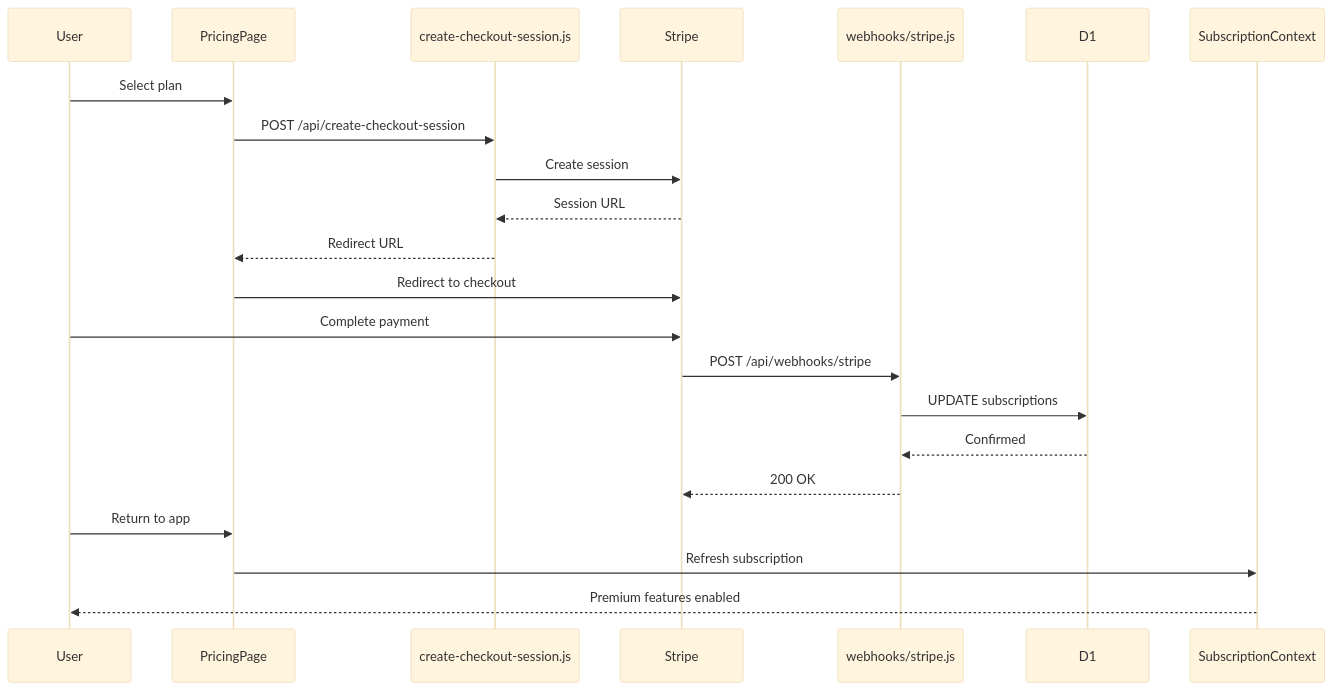
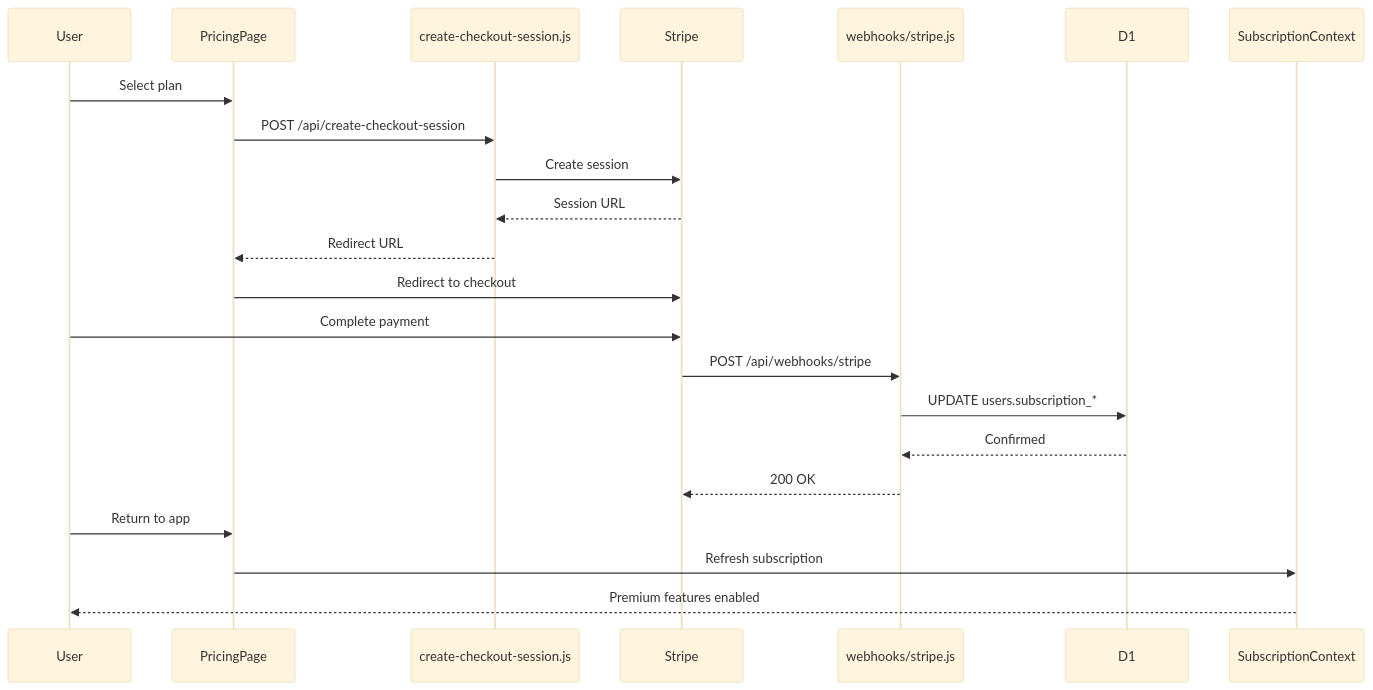
Before and after one commit to henryperkins/tarot: the eighth of 19 diagrams in docs/architecture/full-system-diagrams.md, drawn with Mermaid (base theme). The commit also changed other lines of this file and 77 other files, not shown here.

````diff
--- a/docs/architecture/full-system-diagrams.md
+++ b/docs/architecture/full-system-diagrams.md
@@ -463,25 +465,25 @@
 ```mermaid
 sequenceDiagram
     participant User
     participant PricingPage
     participant CheckoutAPI as create-checkout-session.js
     participant Stripe
     participant WebhookAPI as webhooks/stripe.js
     participant D1
     participant SubCtx as SubscriptionContext
 
     User->>PricingPage: Select plan
     PricingPage->>CheckoutAPI: POST /api/create-checkout-session
     CheckoutAPI->>Stripe: Create session
     Stripe-->>CheckoutAPI: Session URL
     CheckoutAPI-->>PricingPage: Redirect URL
     PricingPage->>Stripe: Redirect to checkout
     User->>Stripe: Complete payment
     Stripe->>WebhookAPI: POST /api/webhooks/stripe
-    WebhookAPI->>D1: UPDATE subscriptions
+    WebhookAPI->>D1: UPDATE users.subscription_*
     D1-->>WebhookAPI: Confirmed
     WebhookAPI-->>Stripe: 200 OK
     User->>PricingPage: Return to app
     PricingPage->>SubCtx: Refresh subscription
     SubCtx-->>User: Premium features enabled
 ```
````
